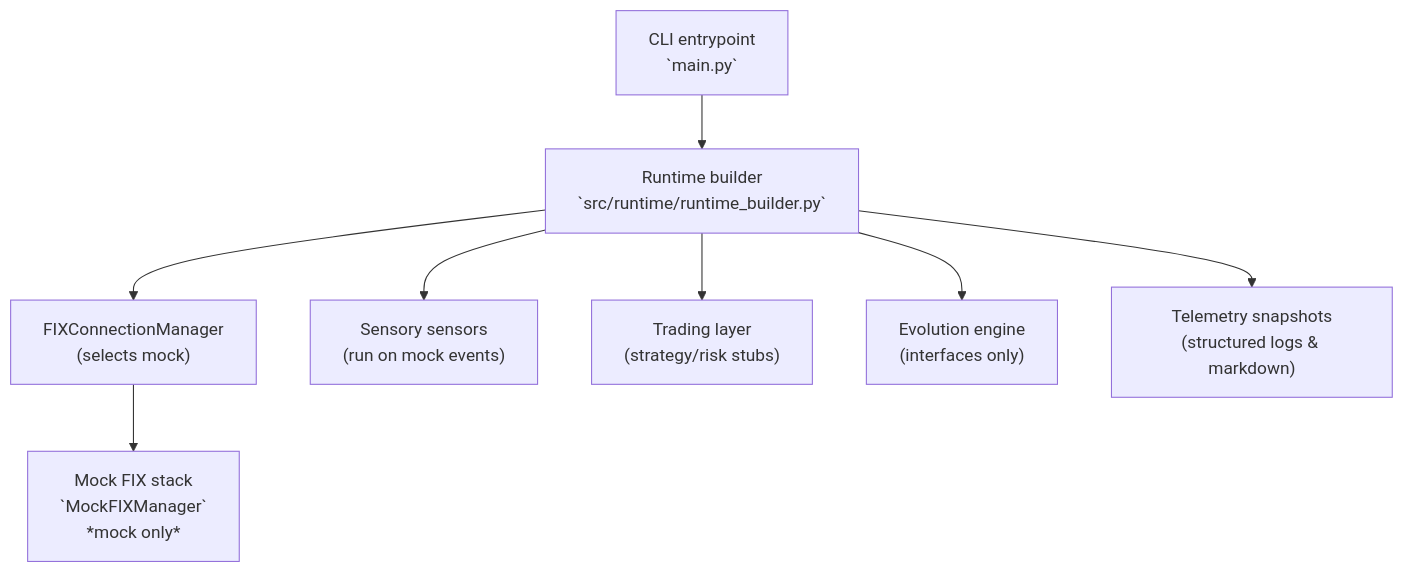
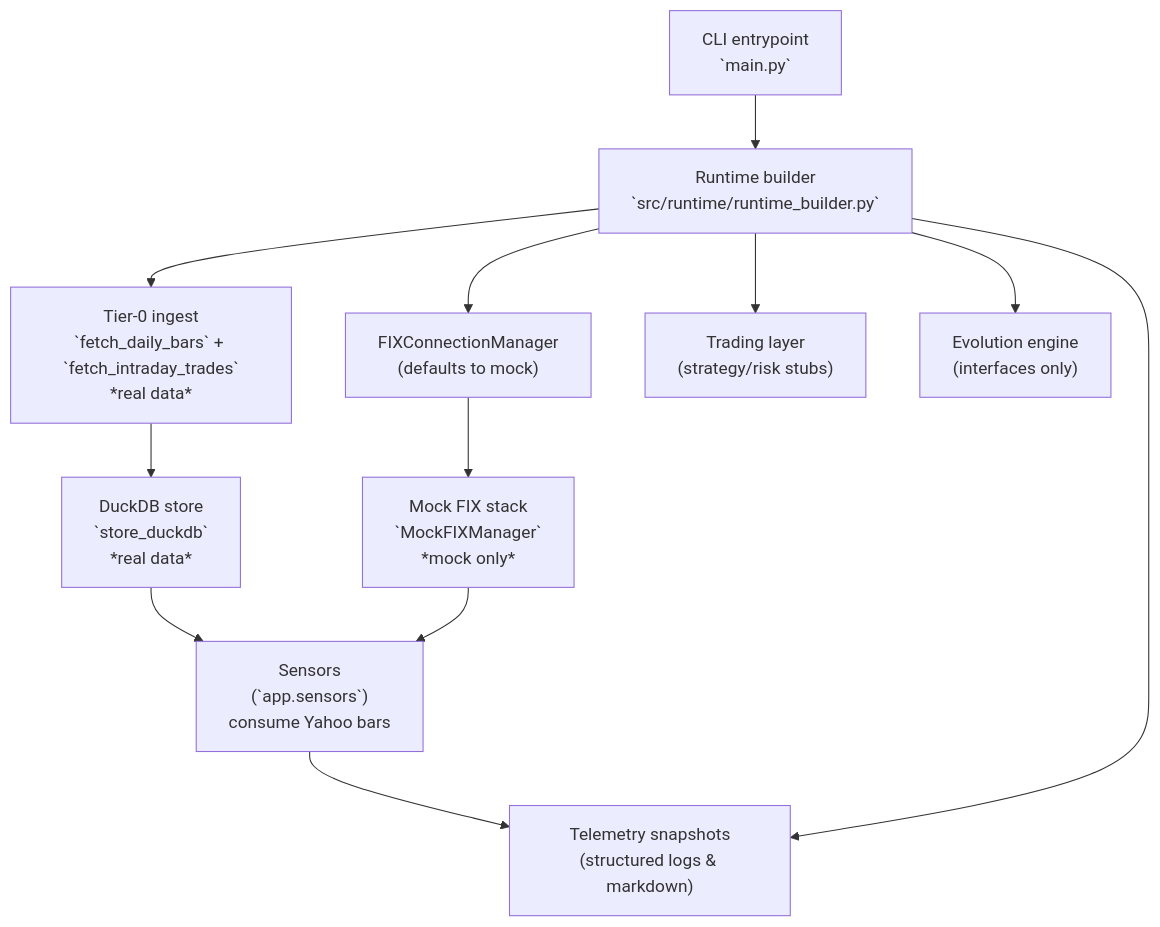
One commit to HWeber-tech/emp_proving_ground_v1 changed the diagram in docs/architecture/overview.md. Above: the diagram before and after it, drawn with Mermaid. The commit also changed other lines of this file and 1 other file, not shown here.

````diff
--- a/docs/architecture/overview.md
+++ b/docs/architecture/overview.md
@@ -20,10 +26,14 @@
 ```mermaid
 flowchart TD
     entry["CLI entrypoint\n`main.py`"] --> runtime["Runtime builder\n`src/runtime/runtime_builder.py`"]
-    runtime --> bridge["FIXConnectionManager\n(selects mock)"]
+    runtime --> ingest["Tier-0 ingest<br/>`fetch_daily_bars` + `fetch_intraday_trades`<br/>*real data*"]
+    ingest --> duckdb["DuckDB store<br/>`store_duckdb`<br/>*real data*"]
+    duckdb --> sensors["Sensors<br/>(`app.sensors`)<br/>consume Yahoo bars"]
+    runtime --> bridge["FIXConnectionManager\n(defaults to mock)"]
     bridge --> mock["Mock FIX stack\n`MockFIXManager`\n*mock only*"]
-    runtime --> sensory["Sensory sensors\n(run on mock events)"]
+    mock --> sensors
+    sensors --> observability["Telemetry snapshots\n(structured logs & markdown)"]
     runtime --> trading["Trading layer\n(strategy/risk stubs)"]
     runtime --> evolution["Evolution engine\n(interfaces only)"]
-    runtime --> observability["Telemetry snapshots\n(structured logs & markdown)"]
+    runtime --> observability
 ```
````
